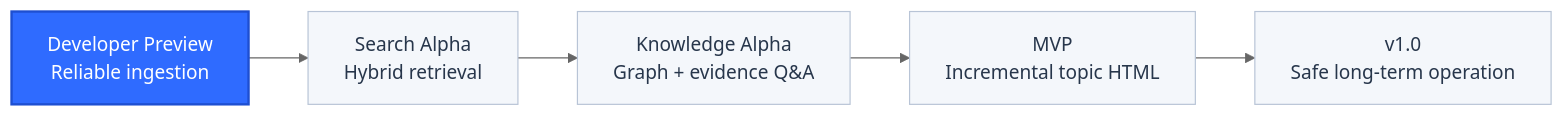
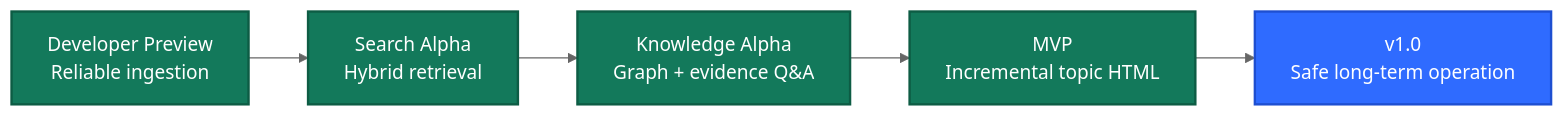
Before and after one commit to HelloAnner/self: the first of 3 diagrams in README.md, drawn with Mermaid (neutral theme). The commit also changed other lines of this file and 255 other files, not shown here.

````diff
--- a/README.md
+++ b/README.md
@@ -76,15 +77,16 @@
 ```mermaid
 flowchart LR
     DP[Developer Preview<br/>Reliable ingestion]
     SA[Search Alpha<br/>Hybrid retrieval]
     KA[Knowledge Alpha<br/>Graph + evidence Q&A]
     MVP[MVP<br/>Incremental topic HTML]
     V1[v1.0<br/>Safe long-term operation]
 
     DP --> SA --> KA --> MVP --> V1
 
+    classDef complete fill:#13795B,color:#fff,stroke:#0D5C44,stroke-width:2px;
     classDef active fill:#2F6BFF,color:#fff,stroke:#1E4FD1,stroke-width:2px;
     classDef future fill:#F4F7FB,color:#27364B,stroke:#B8C4D6;
-    class DP active;
-    class SA,KA,MVP,V1 future;
+    class DP,SA,KA,MVP complete;
+    class V1 active;
 ```
````
